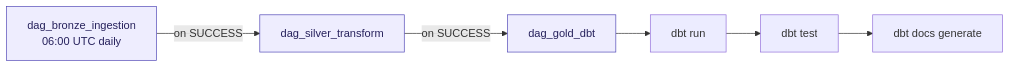
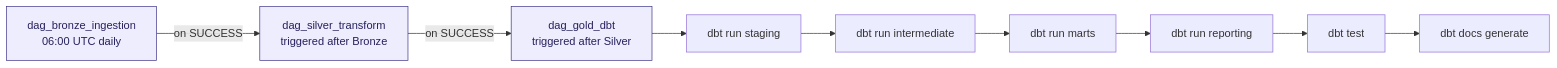
One commit to Aamirali7596/Finalto_Yelp_project changed the second of 3 diagrams in finalto/docs/diagrams/data_flow_diagram.md. Above: the diagram before and after it, drawn with Mermaid. The commit also changed other lines of this file and 6 other files, not shown here.

First line of the commit message:
Refactor Yelp Data Engineering Platform Documentation and Architecture

````diff
--- a/finalto/docs/diagrams/data_flow_diagram.md
+++ b/finalto/docs/diagrams/data_flow_diagram.md
@@ -49,12 +70,18 @@
 ```mermaid
 flowchart LR
-    A[dag_bronze_ingestion\n06:00 UTC daily] -->|on SUCCESS| B[dag_silver_transform]
-    B -->|on SUCCESS| C[dag_gold_dbt]
-    C --> D[dbt run]
-    D --> E[dbt test]
-    E --> F[dbt docs generate]
+    A["dag_bronze_ingestion
+    06:00 UTC daily"] -->|"on SUCCESS"| B["dag_silver_transform
+    triggered after Bronze"]
+    B -->|"on SUCCESS"| C["dag_gold_dbt
+    triggered after Silver"]
+    C --> D[dbt run staging]
+    D --> E[dbt run intermediate]
+    E --> F[dbt run marts]
+    F --> G[dbt run reporting]
+    G --> H[dbt test]
+    H --> I[dbt docs generate]
 
-    style A fill:#EEEDFE,stroke:#534AB7,color:#26215C
-    style B fill:#EEEDFE,stroke:#534AB7,color:#26215C
-    style C fill:#EEEDFE,stroke:#534AB7,color:#26215C
+    style A fill:#EEEDFE,stroke:#3C3489,color:#26215C
+    style B fill:#EEEDFE,stroke:#3C3489,color:#26215C
+    style C fill:#EEEDFE,stroke:#3C3489,color:#26215C
 ```
````
